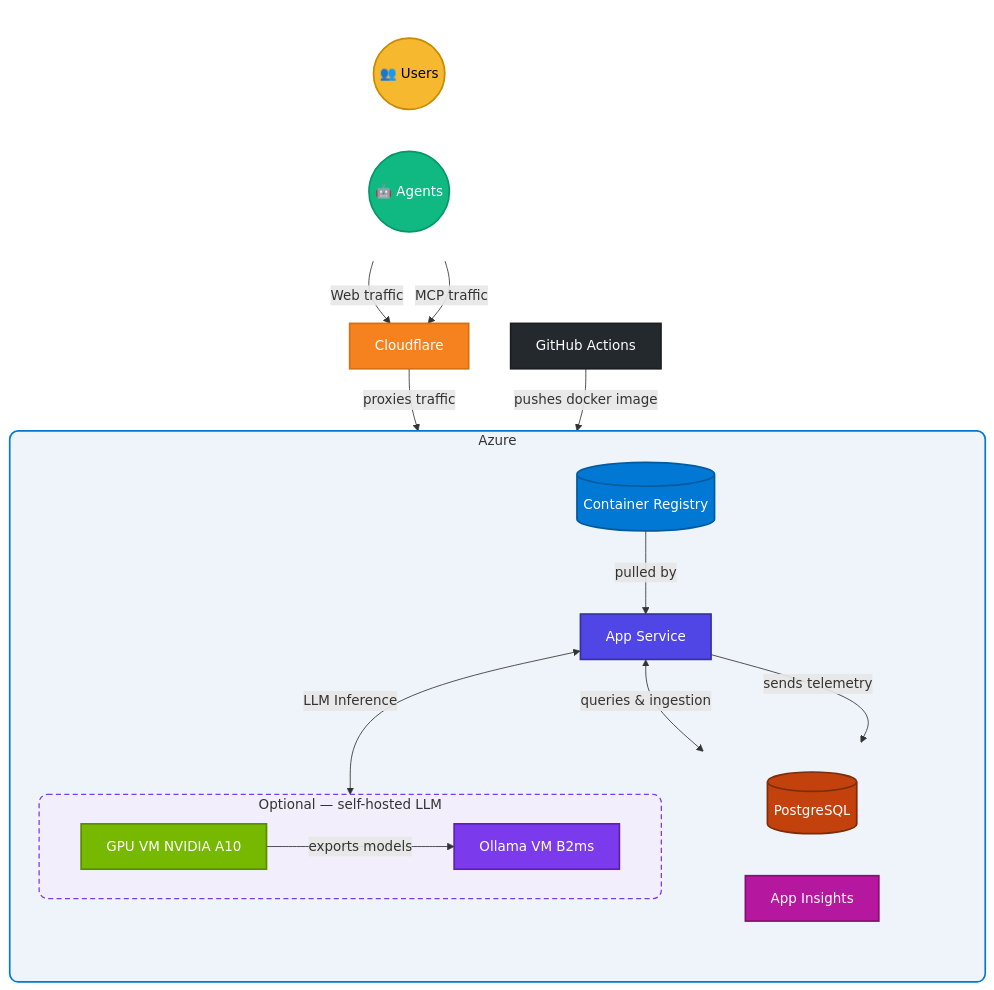
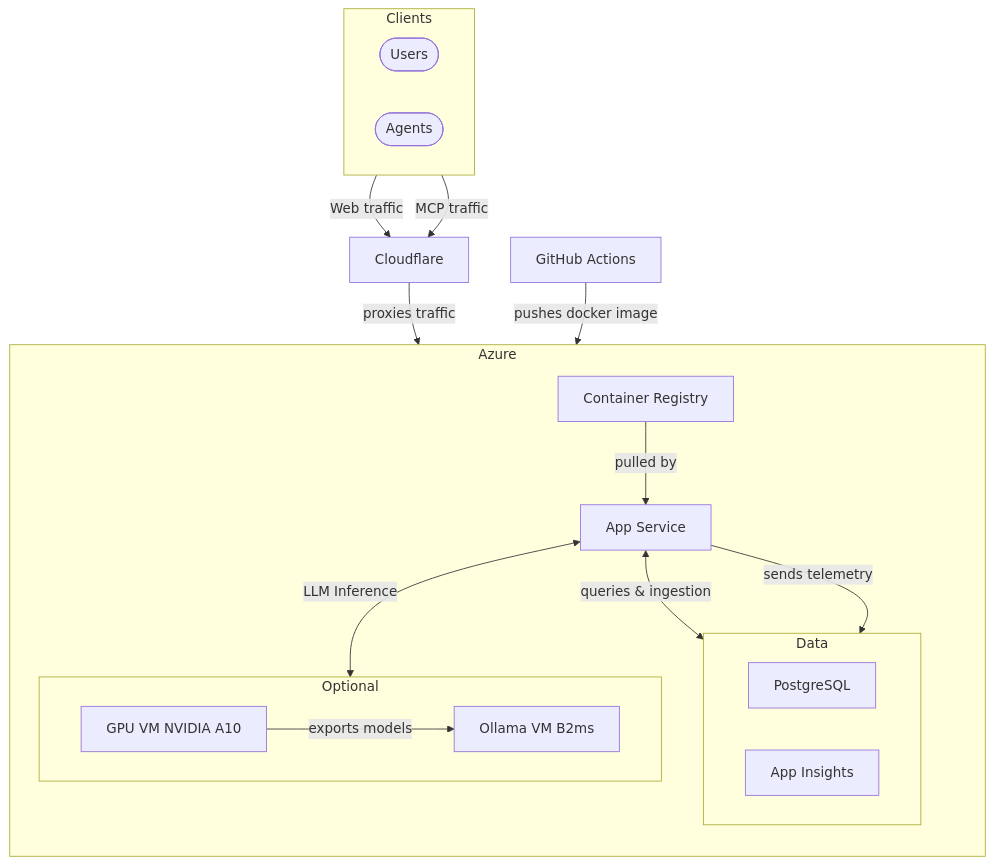
Before and after one commit to atomassi/rbac-catalog: the first of 2 diagrams in README.md, drawn with Mermaid.

Commit message:
fix: simplify README Mermaid diagram for GitHub rendering

````diff
--- a/README.md
+++ b/README.md
@@ -138,58 +138,38 @@
 ```mermaid
 flowchart TD
-    subgraph Clients[" "]
+    subgraph Clients
         direction LR
-        USER((👥 Users)):::user
-        AI((🤖 Agents)):::ai
+        USER([Users])
+        AI([Agents])
     end
-    GH[GitHub Actions]:::github
-    CDN[Cloudflare]:::cdn
-    
-    subgraph AZ ["Azure"]
+    GH[GitHub Actions]
+    CDN[Cloudflare]
+
+    subgraph Azure
         direction TB
-        CR[(Container Registry)]:::azure
-        AS[App Service]:::appsvc
-        subgraph DATA [" "]
+        CR[Container Registry]
+        AS[App Service]
+        subgraph Data
             direction LR
-            PG[(PostgreSQL)]:::db
-            INSIGHTS[App Insights]:::monitor
+            PG[PostgreSQL]
+            INSIGHTS[App Insights]
         end
-        subgraph OPT ["Optional — self-hosted LLM"]
+        subgraph Optional
             direction LR
-            GPU[GPU VM NVIDIA A10]:::gpu
-            OL[Ollama VM B2ms]:::ollama
+            GPU[GPU VM NVIDIA A10]
+            OL[Ollama VM B2ms]
         end
     end
-    
-    %% Ingress Traffic
+
     USER -->|Web traffic| CDN
     AI -->|MCP traffic| CDN
     CDN -->|proxies traffic| AS
-    
-    %% CI/CD Pipeline
+
     GH -->|pushes docker image| CR
     CR -->|pulled by| AS
-    
-    %% Application Dependencies
+
     AS <-->|queries & ingestion| PG
     AS -->|sends telemetry| INSIGHTS
     AS <-->|LLM Inference| OL
-
     GPU -->|exports models| OL
-
-    classDef user fill:#F5B82E,color:#000,stroke:#C98A00,stroke-width:2px
-    classDef ai fill:#10B981,color:#fff,stroke:#059669,stroke-width:2px
-    classDef github fill:#24292e,color:#fff,stroke:#1a1e22,stroke-width:2px
-    classDef cdn fill:#F6821F,color:#fff,stroke:#d4700f,stroke-width:2px
-    classDef azure fill:#0078D4,color:#fff,stroke:#005a9e,stroke-width:2px
-    classDef appsvc fill:#4F46E5,color:#fff,stroke:#3730A3,stroke-width:2px
-    classDef db fill:#C2410C,color:#fff,stroke:#7C2D0A,stroke-width:2px
-    classDef ollama fill:#7C3AED,color:#fff,stroke:#5B21B6,stroke-width:2px
-    classDef gpu fill:#76B900,color:#fff,stroke:#5a8c00,stroke-width:2px
-    classDef monitor fill:#B5179E,color:#fff,stroke:#86116F,stroke-width:2px
-    
-    style AZ fill:#EEF4FA,stroke:#0078D4,stroke-width:2px,rx:10
-    style DATA fill:none,stroke:none
-    style OPT fill:#F3EEFB,stroke:#7C3AED,stroke-width:1.5px,stroke-dasharray:6 4,rx:10
-    style Clients fill:none,stroke:none
 ```
````
